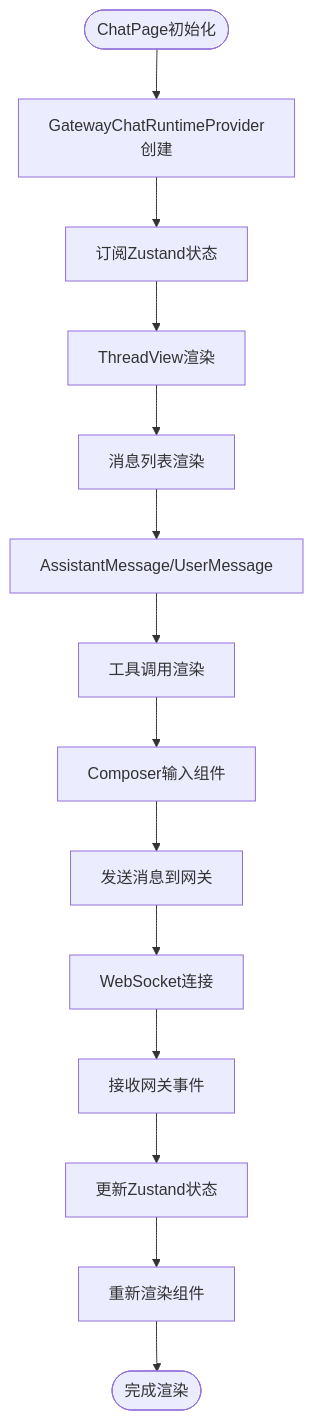
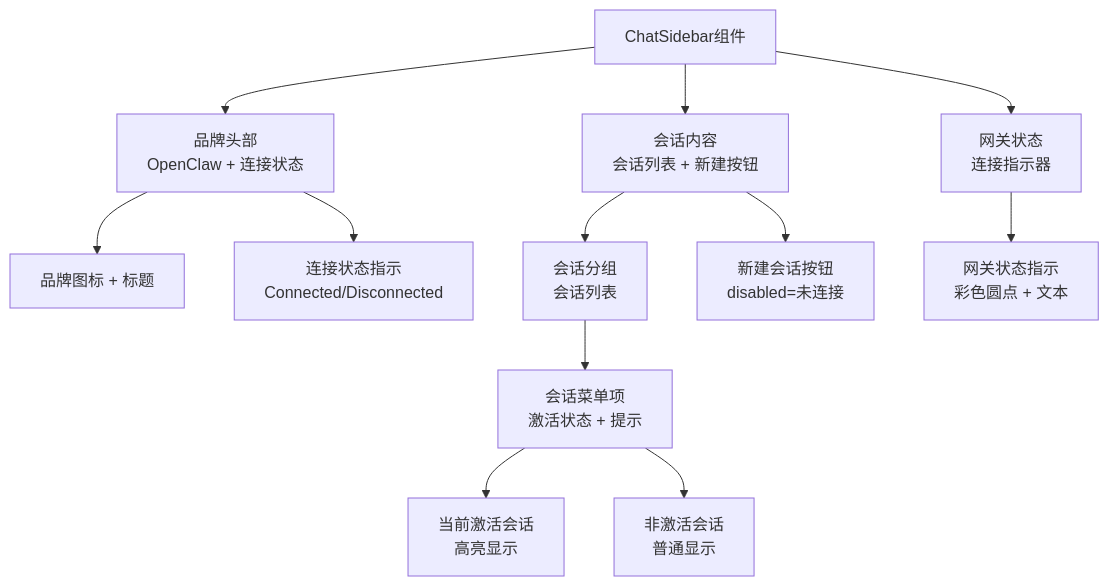
One commit to verse-ai-org/openclaw changed the third of 12 diagrams in .qoder/repowiki/zh/content/Web界面/WebChat界面.md. Above: the diagram before and after it, drawn with Mermaid. The commit also changed other lines of this file and 46 other files, not shown here.

````diff
--- a/.qoder/repowiki/zh/content/Web界面/WebChat界面.md
+++ b/.qoder/repowiki/zh/content/Web界面/WebChat界面.md
@@ -216,16 +238,14 @@
 ```mermaid
 flowchart TD
-Start(["ChatPage初始化"]) --> Runtime["GatewayChatRuntimeProvider创建"]
-Runtime --> Subscribe["订阅Zustand状态"]
-Subscribe --> Thread["ThreadView渲染"]
-Thread --> Messages["消息列表渲染"]
-Messages --> Components["AssistantMessage/UserMessage"]
-Components --> ToolFallback["工具调用渲染"]
-ToolFallback --> Composer["Composer输入组件"]
-Composer --> Send["发送消息到网关"]
-Send --> Gateway["WebSocket连接"]
-Gateway --> Receive["接收网关事件"]
-Receive --> Update["更新Zustand状态"]
-Update --> ReRender["重新渲染组件"]
-ReRender --> End(["完成渲染"])
+Sidebar["ChatSidebar组件"] --> Header["品牌头部<br/>OpenClaw + 连接状态"]
+Sidebar --> Content["会话内容<br/>会话列表 + 新建按钮"]
+Sidebar --> Footer["网关状态<br/>连接指示器"]
+Header --> Brand["品牌图标 + 标题"]
+Header --> Status["连接状态指示<br/>Connected/Disconnected"]
+Content --> Sessions["会话分组<br/>会话列表"]
+Content --> NewBtn["新建会话按钮<br/>disabled=未连接"]
+Sessions --> SessionItems["会话菜单项<br/>激活状态 + 提示"]
+SessionItems --> Active["当前激活会话<br/>高亮显示"]
+SessionItems --> Inactive["非激活会话<br/>普通显示"]
+Footer --> GatewayIndicator["网关状态指示<br/>彩色圆点 + 文本"]
 ```
````
